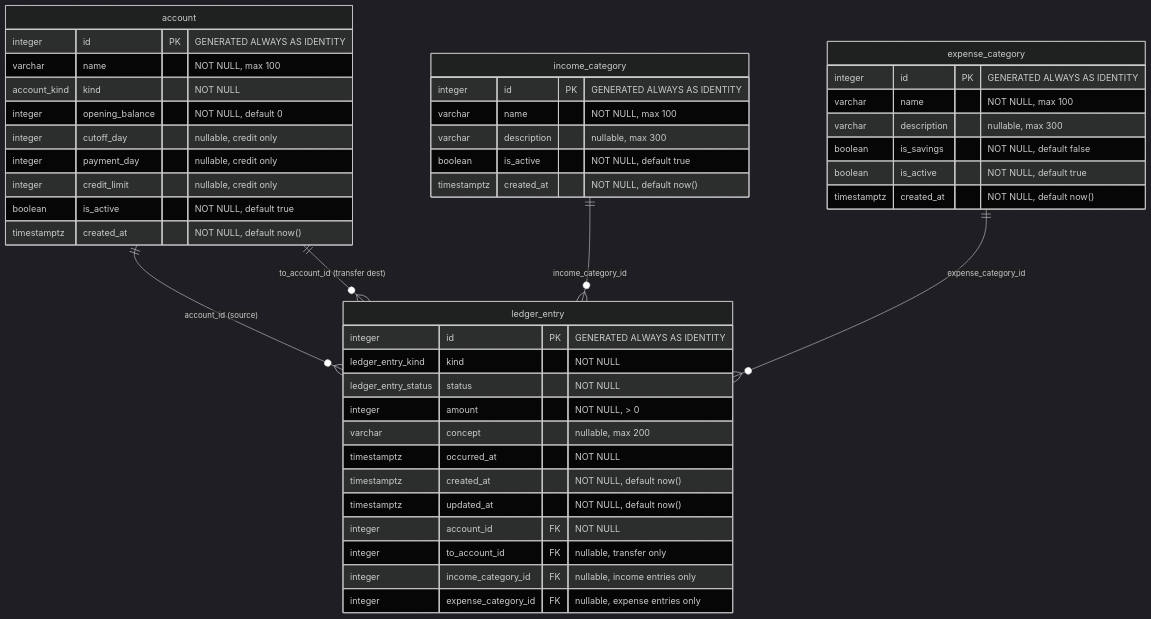
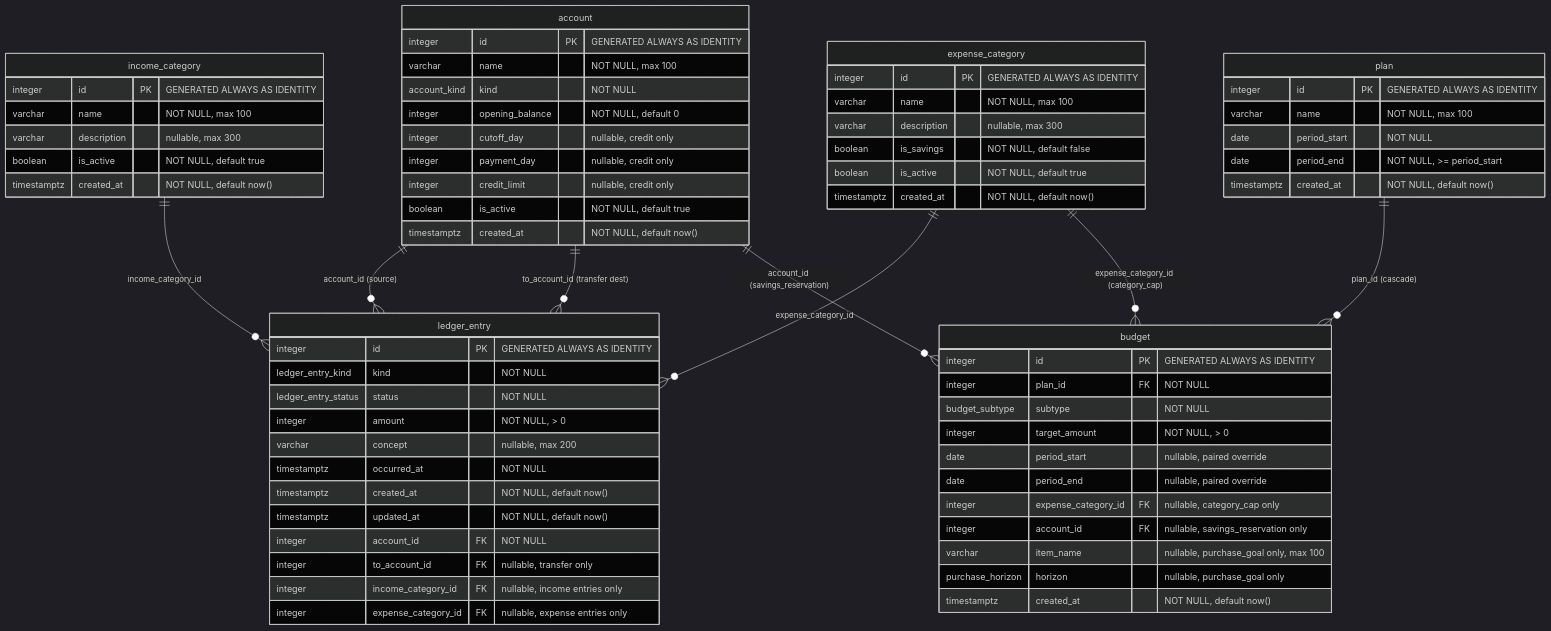
Before and after one commit to AndresDRamos/Perfin: the diagram in docs/database/erd.md, drawn with Mermaid (dark theme). The commit also changed other lines of this file and 3 other files, not shown here.

First line of the commit message:
docs(db): sync data-dictionary, ERD, migrations-log and budgets module for 0002

````diff
--- a/docs/database/erd.md
+++ b/docs/database/erd.md
@@ -7,51 +7,76 @@
 ```mermaid
 erDiagram
     account {
         integer id PK "GENERATED ALWAYS AS IDENTITY"
         varchar name "NOT NULL, max 100"
         account_kind kind "NOT NULL"
         integer opening_balance "NOT NULL, default 0"
         integer cutoff_day "nullable, credit only"
         integer payment_day "nullable, credit only"
         integer credit_limit "nullable, credit only"
         boolean is_active "NOT NULL, default true"
         timestamptz created_at "NOT NULL, default now()"
     }
 
     expense_category {
         integer id PK "GENERATED ALWAYS AS IDENTITY"
         varchar name "NOT NULL, max 100"
         varchar description "nullable, max 300"
         boolean is_savings "NOT NULL, default false"
         boolean is_active "NOT NULL, default true"
         timestamptz created_at "NOT NULL, default now()"
     }
 
     income_category {
         integer id PK "GENERATED ALWAYS AS IDENTITY"
         varchar name "NOT NULL, max 100"
         varchar description "nullable, max 300"
         boolean is_active "NOT NULL, default true"
         timestamptz created_at "NOT NULL, default now()"
     }
 
     ledger_entry {
         integer id PK "GENERATED ALWAYS AS IDENTITY"
         ledger_entry_kind kind "NOT NULL"
         ledger_entry_status status "NOT NULL"
         integer amount "NOT NULL, > 0"
         varchar concept "nullable, max 200"
         timestamptz occurred_at "NOT NULL"
         timestamptz created_at "NOT NULL, default now()"
         timestamptz updated_at "NOT NULL, default now()"
         integer account_id FK "NOT NULL"
         integer to_account_id FK "nullable, transfer only"
         integer income_category_id FK "nullable, income entries only"
         integer expense_category_id FK "nullable, expense entries only"
     }
 
+    plan {
+        integer id PK "GENERATED ALWAYS AS IDENTITY"
+        varchar name "NOT NULL, max 100"
+        date period_start "NOT NULL"
+        date period_end "NOT NULL, >= period_start"
+        timestamptz created_at "NOT NULL, default now()"
+    }
+
+    budget {
+        integer id PK "GENERATED ALWAYS AS IDENTITY"
+        integer plan_id FK "NOT NULL"
+        budget_subtype subtype "NOT NULL"
+        integer target_amount "NOT NULL, > 0"
+        date period_start "nullable, paired override"
+        date period_end "nullable, paired override"
+        integer expense_category_id FK "nullable, category_cap only"
+        integer account_id FK "nullable, savings_reservation only"
+        varchar item_name "nullable, purchase_goal only, max 100"
+        purchase_horizon horizon "nullable, purchase_goal only"
+        timestamptz created_at "NOT NULL, default now()"
+    }
+
     account ||--o{ ledger_entry : "account_id (source)"
     account ||--o{ ledger_entry : "to_account_id (transfer dest)"
     income_category ||--o{ ledger_entry : "income_category_id"
     expense_category ||--o{ ledger_entry : "expense_category_id"
+    plan ||--o{ budget : "plan_id (cascade)"
+    expense_category ||--o{ budget : "expense_category_id (category_cap)"
+    account ||--o{ budget : "account_id (savings_reservation)"
 ```
````
